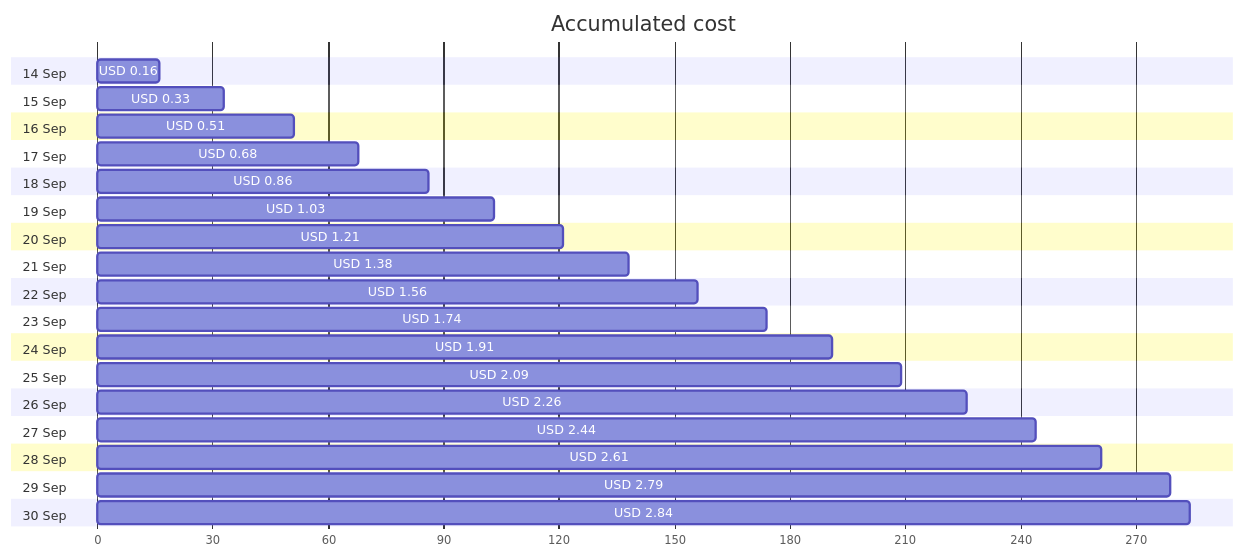
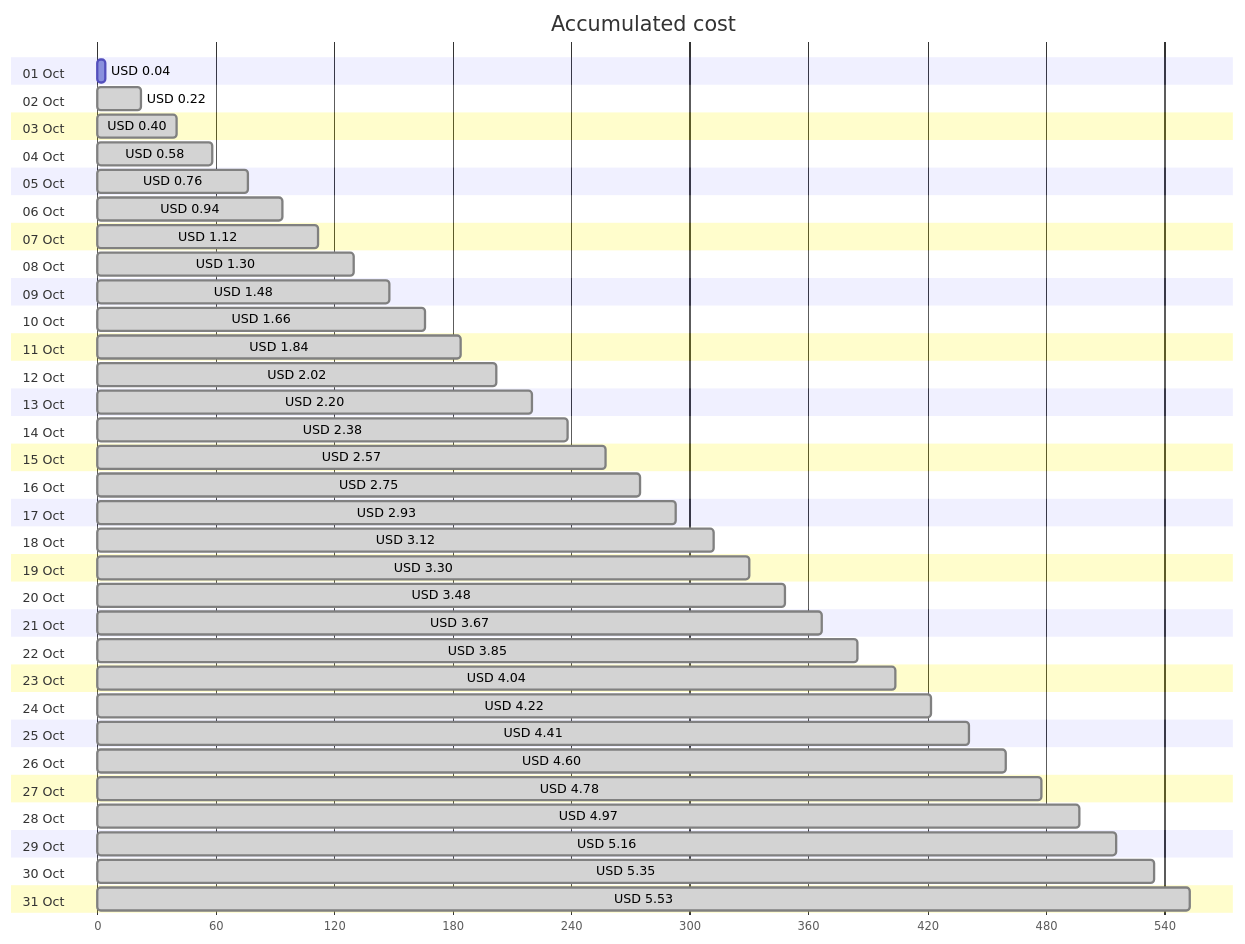
The first of 4 diagrams in cost-reports/personal-network/backup-server.md (jpfulton/azure-personal-reports), drawn with Mermaid before and after one commit. The commit also changed other lines of this file and 9 other files, not shown here.

````diff
--- a/cost-reports/personal-network/backup-server.md
+++ b/cost-reports/personal-network/backup-server.md
@@ -20,40 +20,68 @@
 ```mermaid
 gantt
    title Accumulated cost
    dateFormat  X
    axisFormat %s
-   section 14 Sep
-   USD 0.16 :0, 16
-   section 15 Sep
-   USD 0.33 :0, 33
-   section 16 Sep
-   USD 0.51 :0, 51
-   section 17 Sep
-   USD 0.68 :0, 68
-   section 18 Sep
-   USD 0.86 :0, 86
-   section 19 Sep
-   USD 1.03 :0, 103
-   section 20 Sep
-   USD 1.21 :0, 121
-   section 21 Sep
-   USD 1.38 :0, 138
-   section 22 Sep
-   USD 1.56 :0, 156
-   section 23 Sep
-   USD 1.74 :0, 174
-   section 24 Sep
-   USD 1.91 :0, 191
-   section 25 Sep
-   USD 2.09 :0, 209
-   section 26 Sep
-   USD 2.26 :0, 226
-   section 27 Sep
-   USD 2.44 :0, 244
-   section 28 Sep
-   USD 2.61 :0, 261
-   section 29 Sep
-   USD 2.79 :0, 279
-   section 30 Sep
-   USD 2.84 :0, 284
+   section 01 Oct
+   USD 0.04 :0, 4
+   section 02 Oct
+   USD 0.22 : done, 0, 22
+   section 03 Oct
+   USD 0.40 : done, 0, 40
+   section 04 Oct
+   USD 0.58 : done, 0, 58
+   section 05 Oct
+   USD 0.76 : done, 0, 76
+   section 06 Oct
+   USD 0.94 : done, 0, 94
+   section 07 Oct
+   USD 1.12 : done, 0, 112
+   section 08 Oct
+   USD 1.30 : done, 0, 130
+   section 09 Oct
+   USD 1.48 : done, 0, 148
+   section 10 Oct
+   USD 1.66 : done, 0, 166
+   section 11 Oct
+   USD 1.84 : done, 0, 184
+   section 12 Oct
+   USD 2.02 : done, 0, 202
+   section 13 Oct
+   USD 2.20 : done, 0, 220
+   section 14 Oct
+   USD 2.38 : done, 0, 238
+   section 15 Oct
+   USD 2.57 : done, 0, 257
+   section 16 Oct
+   USD 2.75 : done, 0, 275
+   section 17 Oct
+   USD 2.93 : done, 0, 293
+   section 18 Oct
+   USD 3.12 : done, 0, 312
+   section 19 Oct
+   USD 3.30 : done, 0, 330
+   section 20 Oct
+   USD 3.48 : done, 0, 348
+   section 21 Oct
+   USD 3.67 : done, 0, 367
+   section 22 Oct
+   USD 3.85 : done, 0, 385
+   section 23 Oct
+   USD 4.04 : done, 0, 404
+   section 24 Oct
+   USD 4.22 : done, 0, 422
+   section 25 Oct
+   USD 4.41 : done, 0, 441
+   section 26 Oct
+   USD 4.60 : done, 0, 460
+   section 27 Oct
+   USD 4.78 : done, 0, 478
+   section 28 Oct
+   USD 4.97 : done, 0, 497
+   section 29 Oct
+   USD 5.16 : done, 0, 516
+   section 30 Oct
+   USD 5.35 : done, 0, 535
+   section 31 Oct
+   USD 5.53 : done, 0, 553
 ```
````
